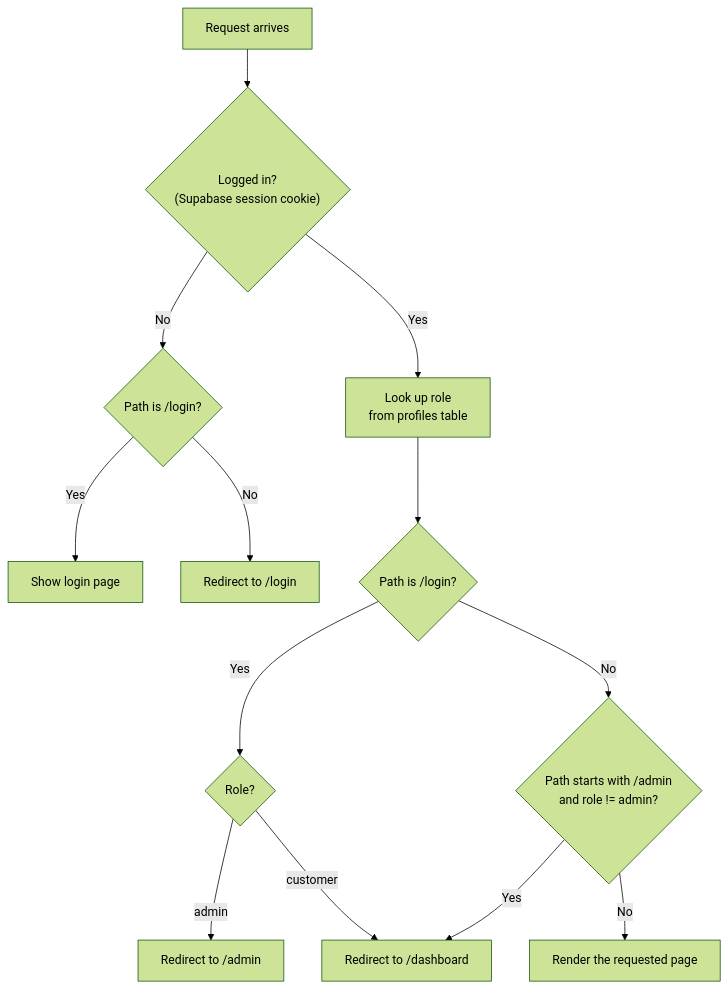
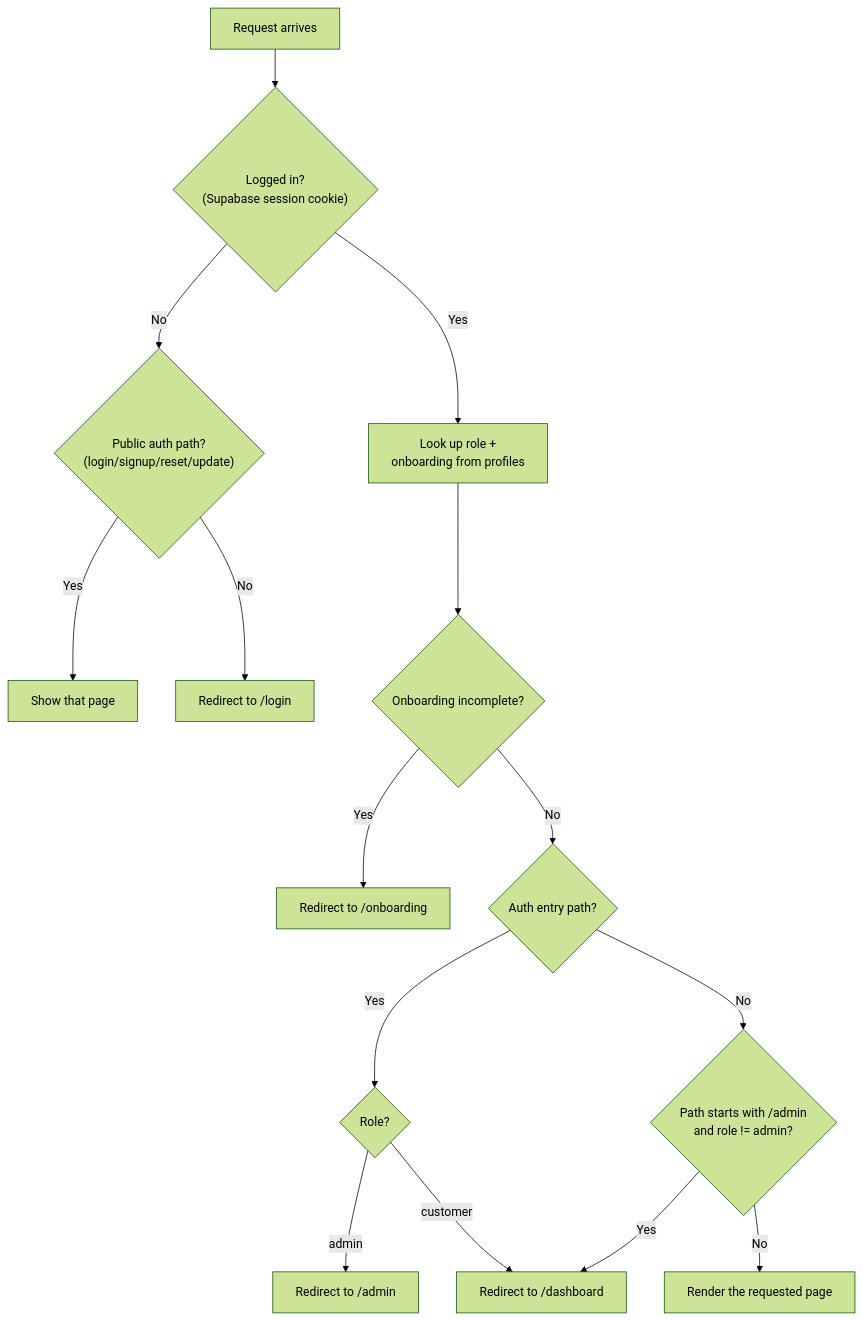
One commit to TryEntitle/tryentitle-portal changed the second of 2 diagrams in README.md. Above: the diagram before and after it, drawn with Mermaid (forest theme). The commit also changed other lines of this file and 10 other files, not shown here.

First line of the commit message:
Add signup, password reset, and onboarding auth flows

````diff
--- a/README.md
+++ b/README.md
@@ -36,15 +37,17 @@
 ```mermaid
 flowchart TD
     A["Request arrives"] --> B{"Logged in?\n(Supabase session cookie)"}
-    B -- "No" --> C{"Path is /login?"}
-    C -- "Yes" --> D["Show login page"]
+    B -- "No" --> C{"Public auth path?\n(login/signup/reset/update)"}
+    C -- "Yes" --> D["Show that page"]
     C -- "No" --> E["Redirect to /login"]
-    B -- "Yes" --> F["Look up role\nfrom profiles table"]
-    F --> G{"Path is /login?"}
-    G -- "Yes" --> H{"Role?"}
-    H -- "admin" --> I["Redirect to /admin"]
-    H -- "customer" --> J["Redirect to /dashboard"]
-    G -- "No" --> K{"Path starts with /admin\nand role != admin?"}
+    B -- "Yes" --> F["Look up role +\nonboarding from profiles"]
+    F --> G{"Onboarding incomplete?"}
+    G -- "Yes" --> O["Redirect to /onboarding"]
+    G -- "No" --> H{"Auth entry path?"}
+    H -- "Yes" --> R{"Role?"}
+    R -- "admin" --> I["Redirect to /admin"]
+    R -- "customer" --> J["Redirect to /dashboard"]
+    H -- "No" --> K{"Path starts with /admin\nand role != admin?"}
     K -- "Yes" --> J
     K -- "No" --> L["Render the requested page"]
 ```
````
